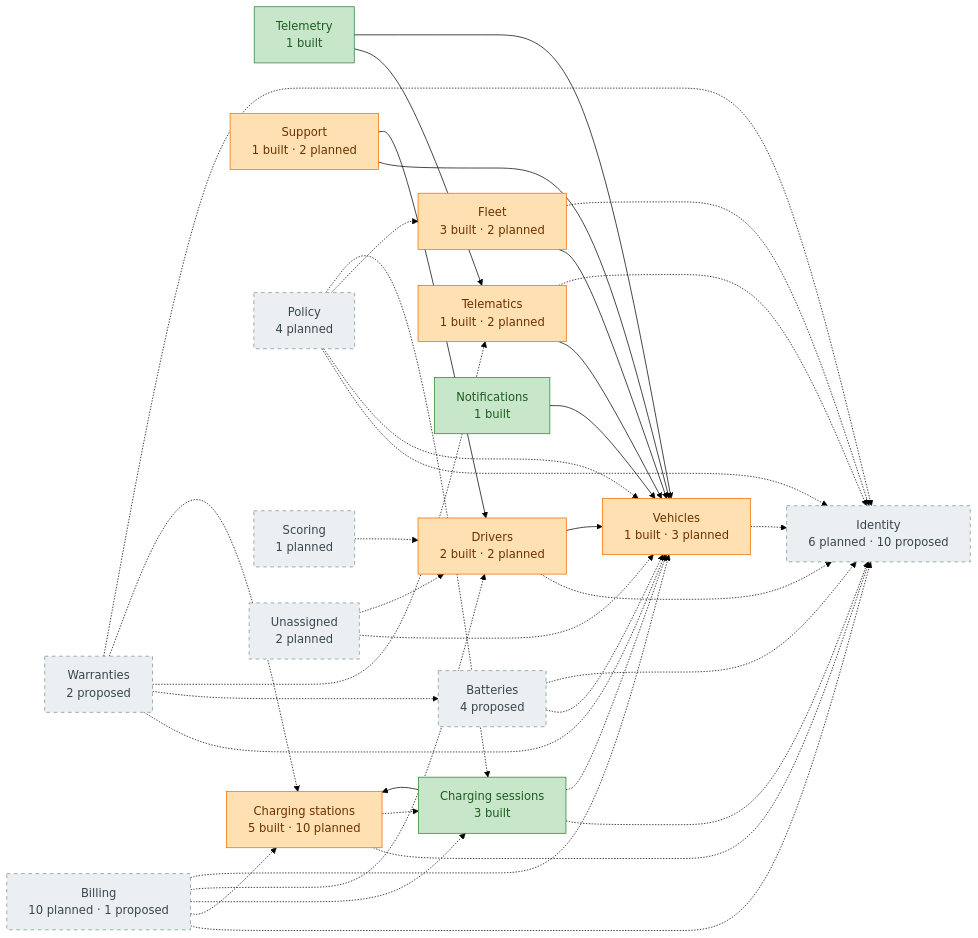
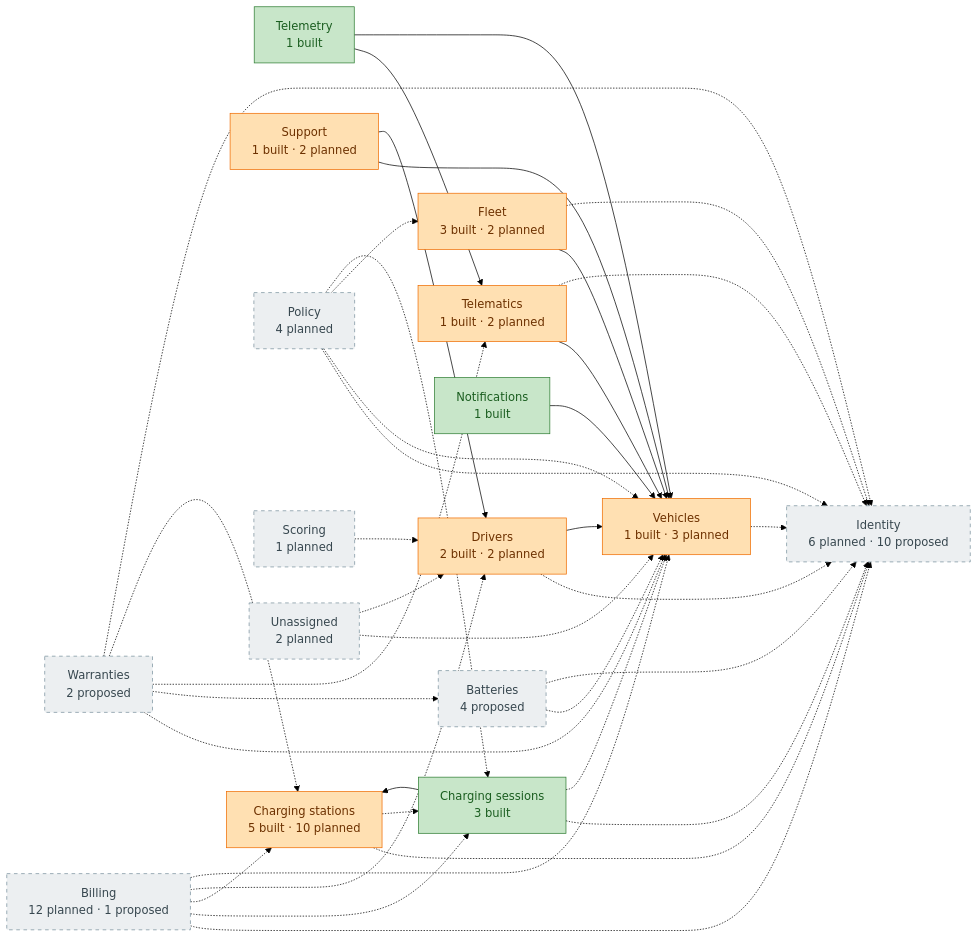
The diagram in docs/design/domain-model/overview.md (yolo-coccoc/G3Network-app), drawn with Mermaid (forest theme) before and after one commit. The commit also changed other lines of this file and 8 other files, not shown here.

````diff
--- a/docs/design/domain-model/overview.md
+++ b/docs/design/domain-model/overview.md
@@ -28,58 +28,58 @@
 ```mermaid
 flowchart LR
   identity["Identity<br/>6 planned · 10 proposed"]:::planned
   vehicles["Vehicles<br/>1 built · 3 planned"]:::partial
   batteries["Batteries<br/>4 proposed"]:::planned
   warranties["Warranties<br/>2 proposed"]:::planned
   telematics["Telematics<br/>1 built · 2 planned"]:::partial
   telemetry["Telemetry<br/>1 built"]:::built
   drivers["Drivers<br/>2 built · 2 planned"]:::partial
   fleet["Fleet<br/>3 built · 2 planned"]:::partial
   charging_stations["Charging stations<br/>5 built · 10 planned"]:::partial
   charging_sessions["Charging sessions<br/>3 built"]:::built
   notifications["Notifications<br/>1 built"]:::built
   support["Support<br/>1 built · 2 planned"]:::partial
   policy["Policy<br/>4 planned"]:::planned
-  billing["Billing<br/>10 planned · 1 proposed"]:::planned
+  billing["Billing<br/>12 planned · 1 proposed"]:::planned
   scoring["Scoring<br/>1 planned"]:::planned
   unassigned["Unassigned<br/>2 planned"]:::planned
   batteries -.-> vehicles
   warranties -.-> vehicles
   warranties -.-> batteries
   warranties -.-> telematics
   warranties -.-> charging_stations
   telematics --> vehicles
   telemetry --> telematics
   telemetry --> vehicles
   drivers -.-> identity
   drivers --> vehicles
   fleet --> vehicles
   fleet -.-> identity
   charging_stations -.-> identity
   charging_stations -.-> charging_sessions
   charging_sessions --> charging_stations
   charging_sessions -.-> identity
   charging_sessions -.-> vehicles
   notifications --> vehicles
   support --> vehicles
   support --> drivers
   policy -.-> identity
   policy -.-> vehicles
   policy -.-> fleet
   policy -.-> charging_sessions
   billing -.-> identity
+  billing -.-> charging_sessions
   billing -.-> charging_stations
-  billing -.-> charging_sessions
   billing -.-> drivers
   billing -.-> vehicles
   scoring -.-> drivers
   unassigned -.-> vehicles
   unassigned -.-> drivers
   vehicles -.-> identity
   batteries -.-> identity
   warranties -.-> identity
   telematics -.-> identity
   classDef built fill:#C8E6C9,stroke:#2E7D32,color:#1B5E20
   classDef partial fill:#FFE0B2,stroke:#EF6C00,color:#6D3100
   classDef planned fill:#ECEFF1,stroke:#78909C,color:#37474F,stroke-dasharray:5 5
 ```
````
